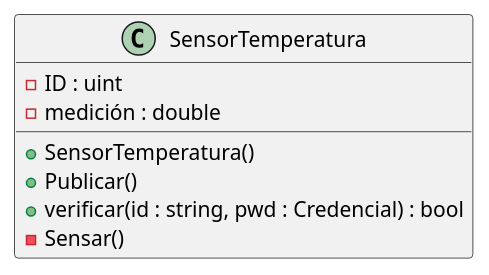
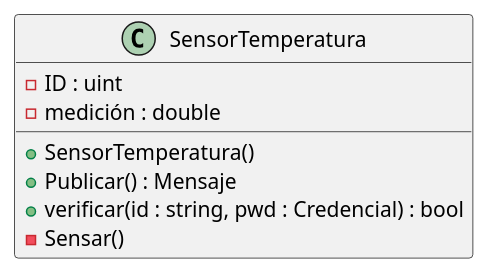
The diagram in diagramas/clases/clase_sensor_temperatura.plantuml (diegosanchez/invap-modulo-uml), drawn with PlantUML before and after one commit. The commit also changed 5 other files, not shown here.

```diff
--- a/diagramas/clases/clase_sensor_temperatura.plantuml
+++ b/diagramas/clases/clase_sensor_temperatura.plantuml
@@ -1,17 +1,17 @@
 @startuml
 
 /'
  ' skinparam classAttributeIconSize 0
  '/
 
 class SensorTemperatura {
         - ID : uint
         - medición : double
 
         + SensorTemperatura()
-        + Publicar()
+        + Publicar() : Mensaje
         + verificar(id : string, pwd : Credencial) : bool
         - Sensar()
 }
 
 @enduml
```
